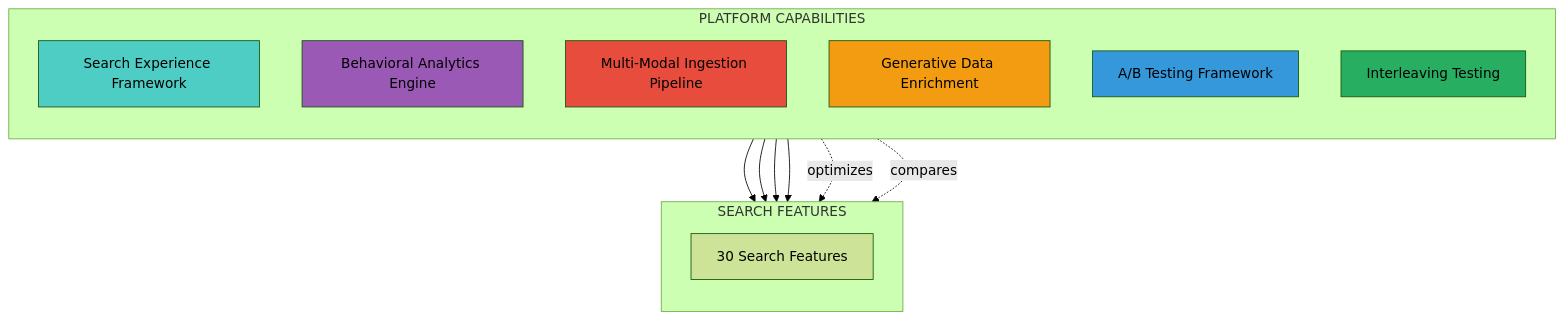
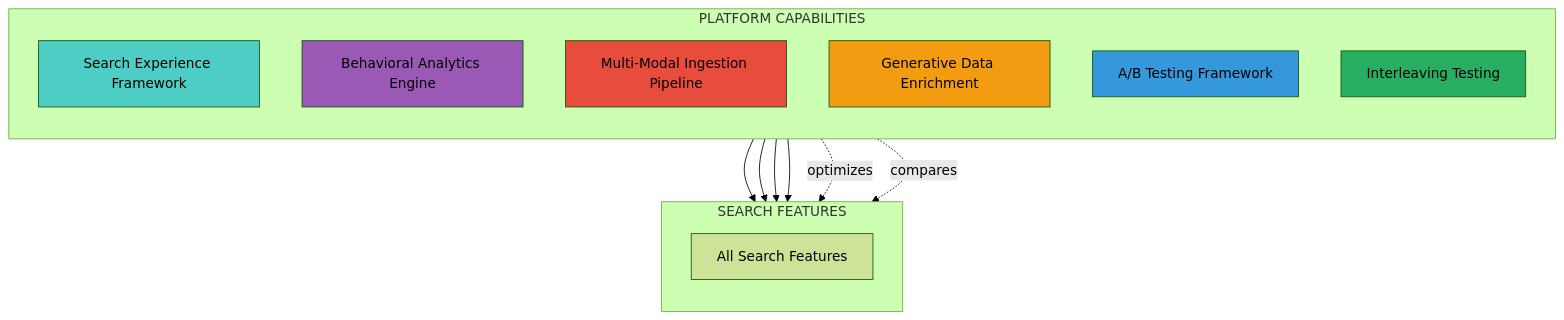
One commit to mushtaqjameel/search-docs-site changed the diagram in content/platform-capabilities.mdx. Above: the diagram before and after it, drawn with Mermaid (forest theme). The commit also changed other lines of this file and 5 other files, not shown here.

````diff
--- a/content/platform-capabilities.mdx
+++ b/content/platform-capabilities.mdx
@@ -22,31 +23,31 @@
 ```mermaid
 flowchart TD
     subgraph CAPABILITIES["PLATFORM CAPABILITIES"]
         direction TB
         C1["Search Experience Framework"]
         C2["Behavioral Analytics Engine"]
         C3["Multi-Modal Ingestion Pipeline"]
         C4["Generative Data Enrichment"]
         C5["A/B Testing Framework"]
         C6["Interleaving Testing"]
     end
 
     subgraph FEATURES["SEARCH FEATURES"]
         direction TB
-        F1["30 Search Features"]
+        F1["All Search Features"]
     end
 
     C1 --> F1
     C2 --> F1
     C3 --> F1
     C4 --> F1
     C5 -.->|"optimizes"| F1
     C6 -.->|"compares"| F1
 
     style C1 fill:#4ECDC4
     style C2 fill:#9B59B6
     style C3 fill:#E74C3C
     style C4 fill:#F39C12
     style C5 fill:#3498DB
     style C6 fill:#27AE60
 ```
````
